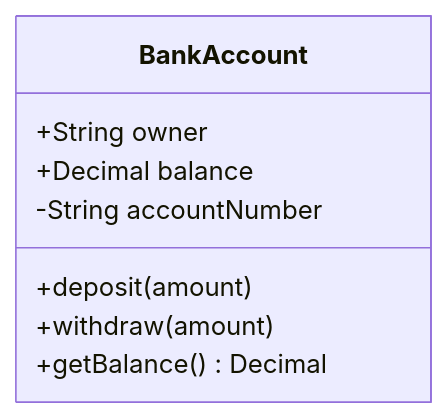
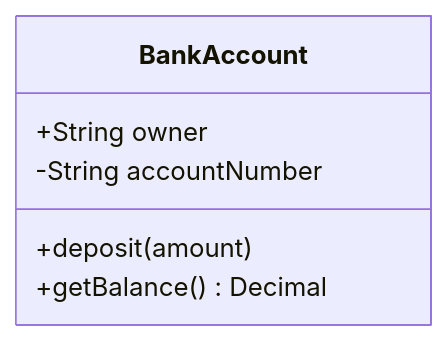
The first of 2 diagrams in resources/skills/tools/mermaid-diagrams/references/class-diagrams.md (basidiocarp/lamella), drawn with Mermaid before and after one commit. The commit also changed other lines of this file and 1251 other files, not shown here.

````diff
--- a/resources/skills/tools/mermaid-diagrams/references/class-diagrams.md
+++ b/resources/skills/tools/mermaid-diagrams/references/class-diagrams.md
@@ -14,11 +8,9 @@
 ```mermaid
 classDiagram
     class BankAccount {
         +String owner
-        +Decimal balance
         -String accountNumber
         +deposit(amount)
-        +withdraw(amount)
         +getBalance() Decimal
     }
 ```
````
